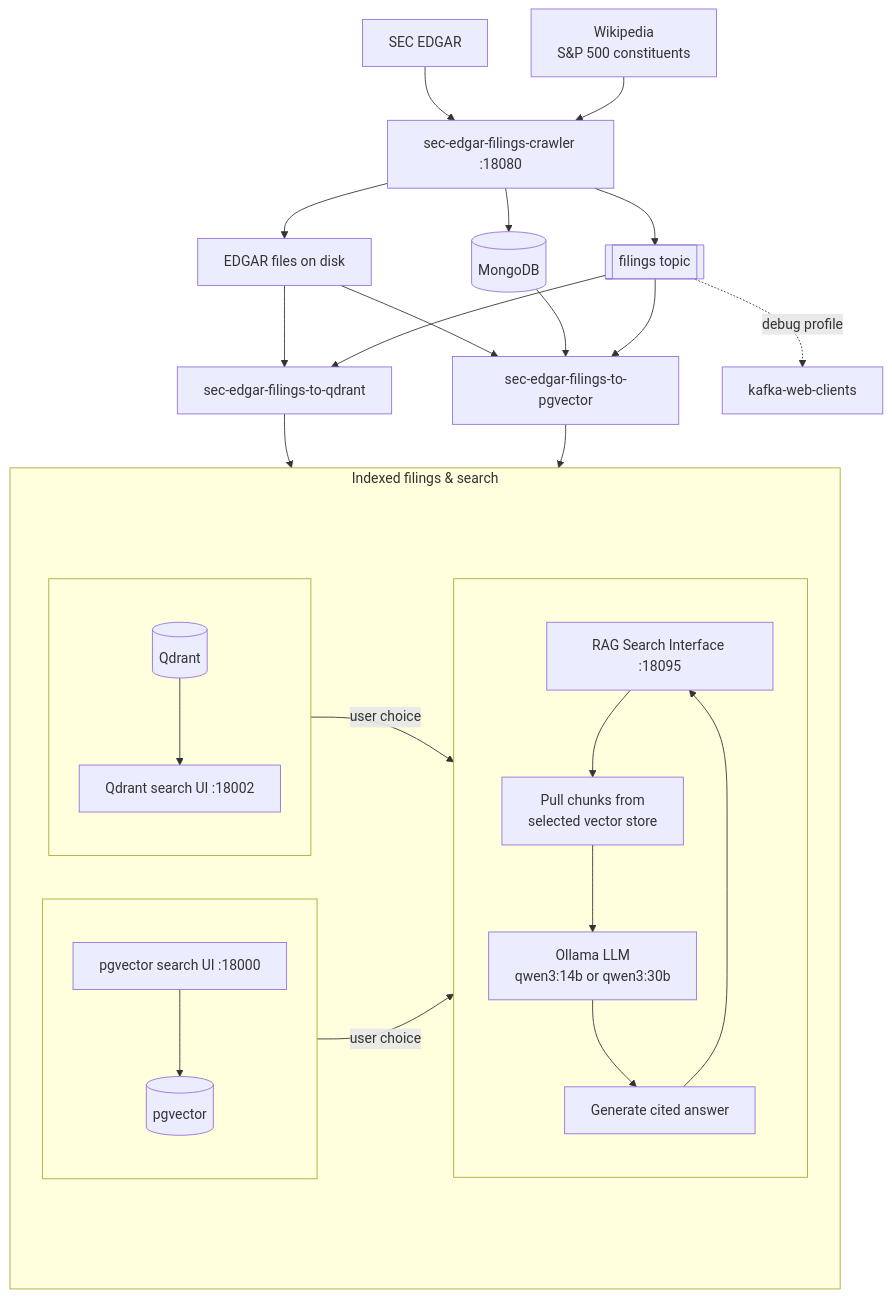
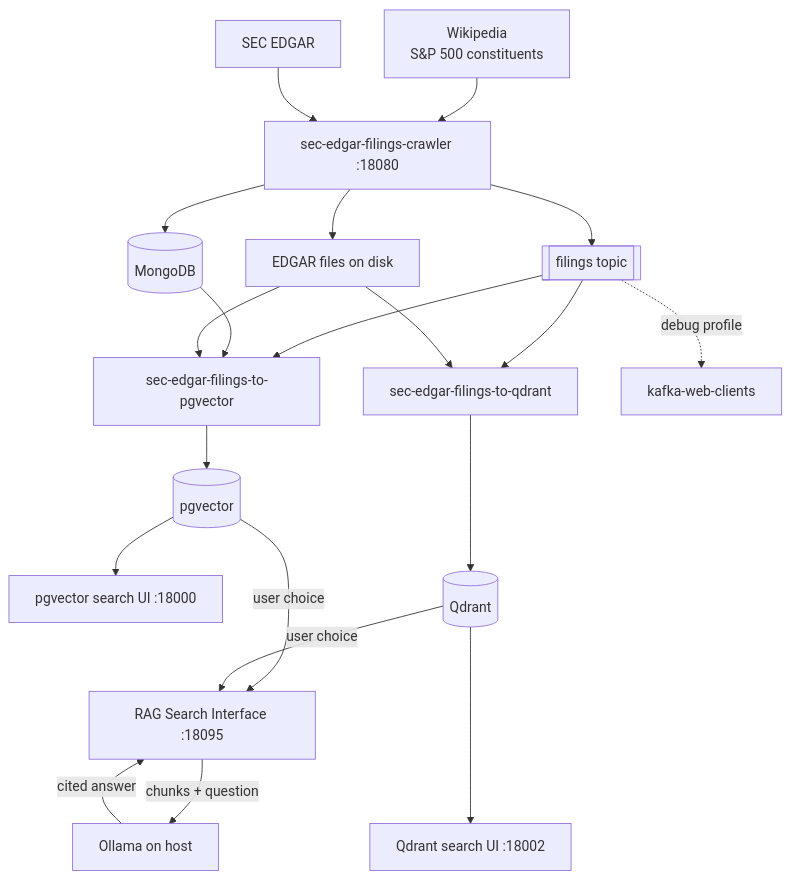
One commit to sanjuthomas/sec-edgar-filings-rag-demo changed the diagram in README.md. Above: the diagram before and after it, drawn with Mermaid.

Commit message:
Simplify architecture diagram and show RAG-Ollama round trip.
Remove nested subgraph boxes and label chunk submission and cited answer flow between RAG and Ollama.

````diff
--- a/README.md
+++ b/README.md
@@ -33,52 +33,28 @@
 ```mermaid
 flowchart TB
     Wiki["Wikipedia<br/>S&P 500 constituents"] --> Crawler["sec-edgar-filings-crawler :18080"]
     SEC["SEC EDGAR"] --> Crawler
     Crawler --> Mongo[("MongoDB")]
     Crawler --> Kafka[["filings topic"]]
     Crawler --> Disk["EDGAR files on disk"]
 
     Kafka --> PgETL["sec-edgar-filings-to-pgvector"]
     Kafka --> QdrantETL["sec-edgar-filings-to-qdrant"]
     Mongo --> PgETL
     Disk --> PgETL
     Disk --> QdrantETL
 
-    subgraph stores["Indexed filings & search"]
-        direction LR
+    PgETL --> PG[("pgvector")]
+    QdrantETL --> Qdrant[("Qdrant")]
 
-        subgraph pgColumn[" "]
-            direction TB
-            PgSearch["pgvector search UI :18000"]
-            PG[("pgvector")]
-            PgSearch --> PG
-        end
+    PG --> PgSearch["pgvector search UI :18000"]
+    Qdrant --> QdrantSearch["Qdrant search UI :18002"]
+    PG -->|"user choice"| RAG["RAG Search Interface :18095"]
+    Qdrant -->|"user choice"| RAG
+    RAG -->|"chunks + question"| Ollama["Ollama on host"]
+    Ollama -->|"cited answer"| RAG
 
-        subgraph ragColumn[" "]
-            direction TB
-            RAG["RAG Search Interface :18095"]
-            Pull["Pull chunks from<br/>selected vector store"]
-            LLM["Ollama LLM<br/>qwen3:14b or qwen3:30b"]
-            Gen["Generate cited answer"]
-            RAG --> Pull
-            Pull --> LLM
-            LLM --> Gen
-            Gen --> RAG
-        end
-
-        subgraph qColumn[" "]
-            direction TB
-            Qdrant[("Qdrant")]
-            QdrantSearch["Qdrant search UI :18002"]
-            Qdrant --> QdrantSearch
-        end
-
-        PG -->|"user choice"| Pull
-        Qdrant -->|"user choice"| Pull
-    end
-
-    PgETL --> PG
-    QdrantETL --> Qdrant
+    PgSearch ~~~ RAG ~~~ QdrantSearch
 
     Kafka -.->|debug profile| KWC["kafka-web-clients"]
 ```
````
